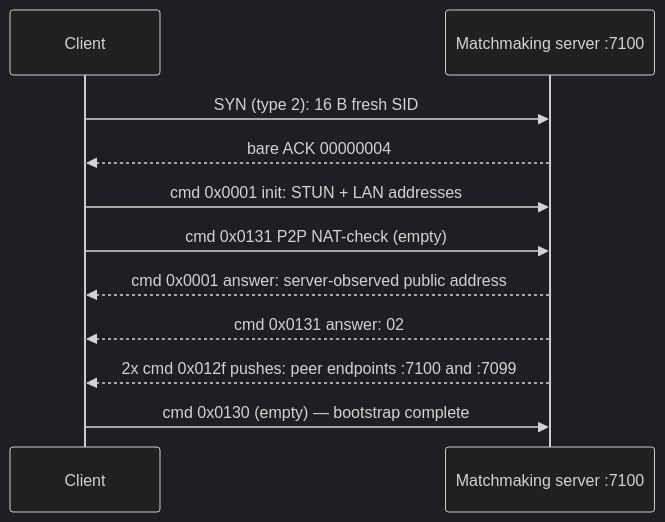
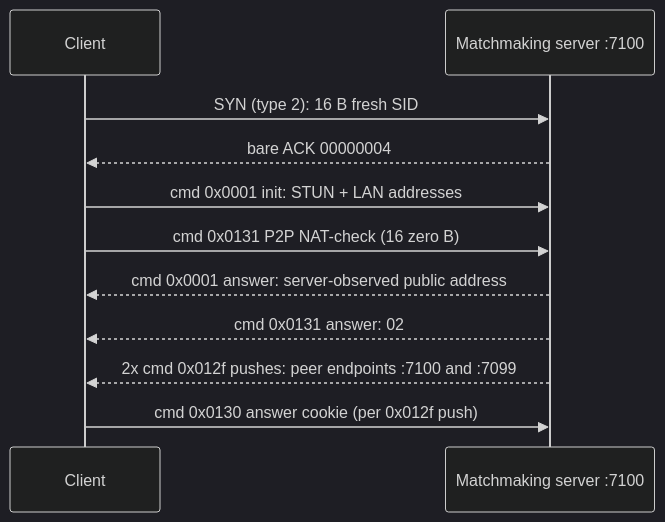
One commit to DB-Breakers-Legacy/DBTB-API-Documentation changed the fifth of 6 diagrams in md/Structure/Diarkis.md. Above: the diagram before and after it, drawn with Mermaid (dark theme). The commit also changed other lines of this file and 17 other files, not shown here.

````diff
--- a/md/Structure/Diarkis.md
+++ b/md/Structure/Diarkis.md
@@ -247,13 +263,13 @@
 ```mermaid
 sequenceDiagram
     participant C as Client
     participant S as Matchmaking server :7100
     C->>S: SYN (type 2): 16 B fresh SID
     S-->>C: bare ACK 00000004
     C->>S: cmd 0x0001 init: STUN + LAN addresses
-    C->>S: cmd 0x0131 P2P NAT-check (empty)
+    C->>S: cmd 0x0131 P2P NAT-check (16 zero B)
     S-->>C: cmd 0x0001 answer: server-observed public address
     S-->>C: cmd 0x0131 answer: 02
     S-->>C: 2x cmd 0x012f pushes: peer endpoints :7100 and :7099
-    C->>S: cmd 0x0130 (empty) — bootstrap complete
+    C->>S: cmd 0x0130 answer cookie (per 0x012f push)
 ```
````
